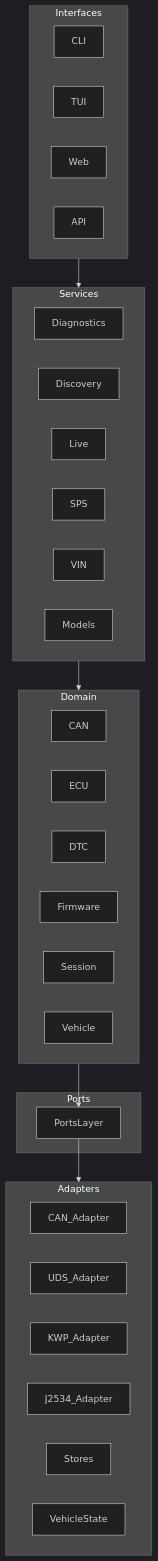
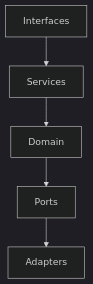
One commit to K1LLLAGT/SAAB-SUITE changed the diagram in docs/architecture/saab-suite-architecture.mmd. Above: the diagram before and after it, drawn with Mermaid (dark theme). The commit also changed 14 other files, not shown here.

```diff
--- a/docs/architecture/saab-suite-architecture.mmd
+++ b/docs/architecture/saab-suite-architecture.mmd
@@ -1,43 +1,5 @@
 graph TD
-  subgraph Interfaces
-    CLI
-    TUI
-    Web
-    API
-  end
-
-  subgraph Services
-    Diagnostics
-    Discovery
-    Live
-    SPS
-    VIN
-    Models
-  end
-
-  subgraph Domain
-    CAN
-    ECU
-    DTC
-    Firmware
-    Session
-    Vehicle
-  end
-
-  subgraph Ports
-    PortsLayer
-  end
-
-  subgraph Adapters
-    CAN_Adapter
-    UDS_Adapter
-    KWP_Adapter
-    J2534_Adapter
-    Stores
-    VehicleState
-  end
-
   Interfaces --> Services
   Services --> Domain
-  Domain --> PortsLayer
-  PortsLayer --> Adapters
+  Domain --> Ports
+  Ports --> Adapters
```
